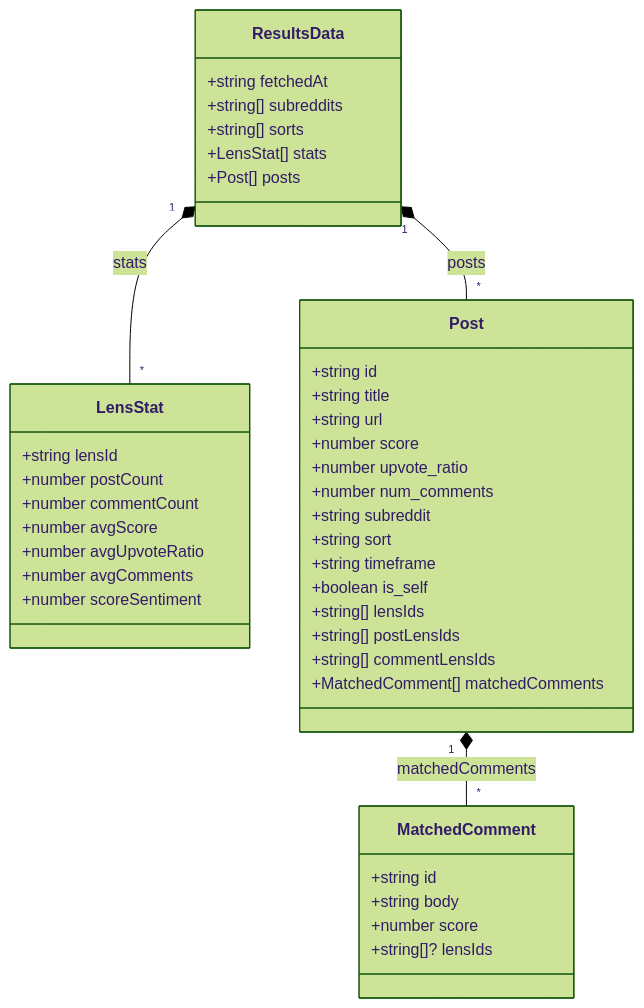
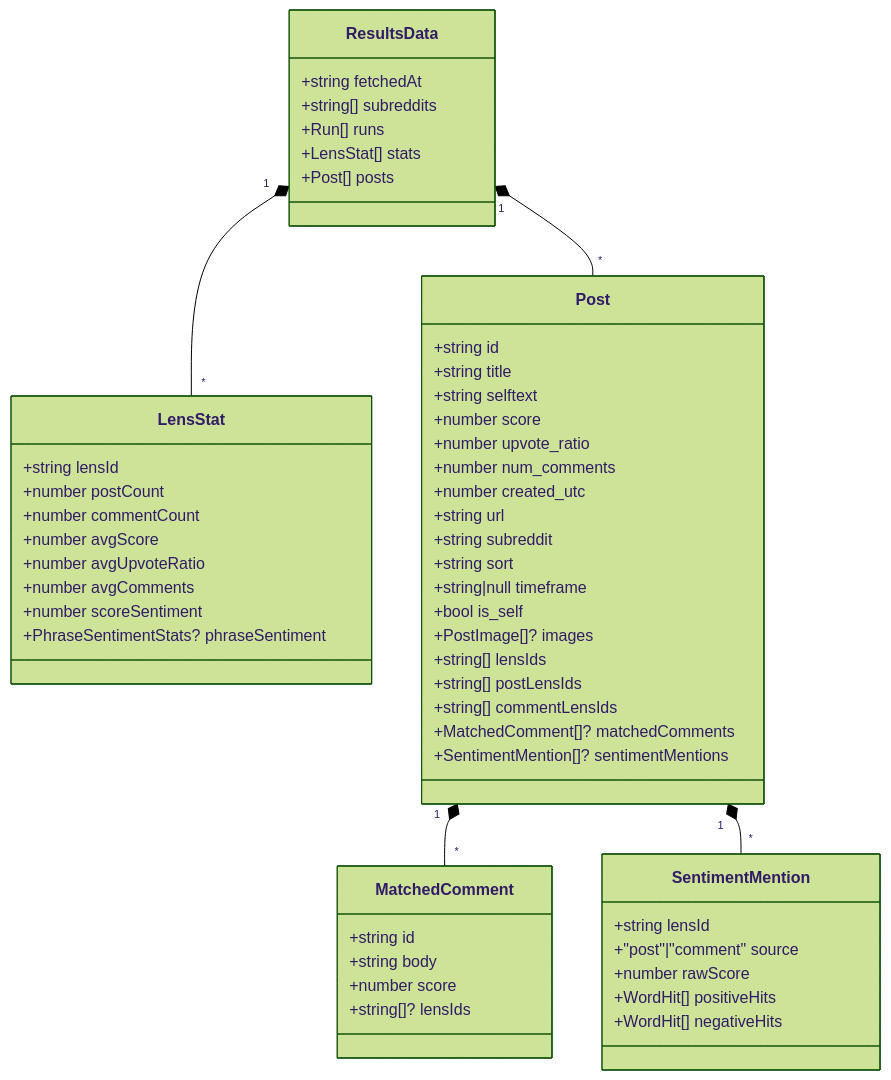
Before and after one commit to kcflip/lenslook: the fourth of 12 diagrams in docs/DATA_MODELS.md, drawn with Mermaid (forest theme). The commit also changed other lines of this file and 78 other files, not shown here.

````diff
--- a/docs/DATA_MODELS.md
+++ b/docs/DATA_MODELS.md
@@ -54,48 +170,58 @@
 ```mermaid
 classDiagram
     class ResultsData {
         +string fetchedAt
         +string[] subreddits
-        +string[] sorts
+        +Run[] runs
         +LensStat[] stats
         +Post[] posts
     }
-
     class LensStat {
         +string lensId
         +number postCount
         +number commentCount
         +number avgScore
         +number avgUpvoteRatio
         +number avgComments
         +number scoreSentiment
+        +PhraseSentimentStats? phraseSentiment
     }
-
     class Post {
         +string id
         +string title
-        +string url
+        +string selftext
         +number score
         +number upvote_ratio
         +number num_comments
+        +number created_utc
+        +string url
         +string subreddit
         +string sort
-        +string timeframe
-        +boolean is_self
+        +string|null timeframe
+        +bool is_self
+        +PostImage[]? images
         +string[] lensIds
         +string[] postLensIds
         +string[] commentLensIds
-        +MatchedComment[] matchedComments
+        +MatchedComment[]? matchedComments
+        +SentimentMention[]? sentimentMentions
     }
-
     class MatchedComment {
         +string id
         +string body
         +number score
         +string[]? lensIds
     }
+    class SentimentMention {
+        +string lensId
+        +"post"|"comment" source
+        +number rawScore
+        +WordHit[] positiveHits
+        +WordHit[] negativeHits
+    }
 
-    ResultsData "1" *-- "*" LensStat : stats
-    ResultsData "1" *-- "*" Post : posts
-    Post "1" *-- "*" MatchedComment : matchedComments
+    ResultsData "1" *-- "*" LensStat
+    ResultsData "1" *-- "*" Post
+    Post "1" *-- "*" MatchedComment
+    Post "1" *-- "*" SentimentMention
 ```
````
